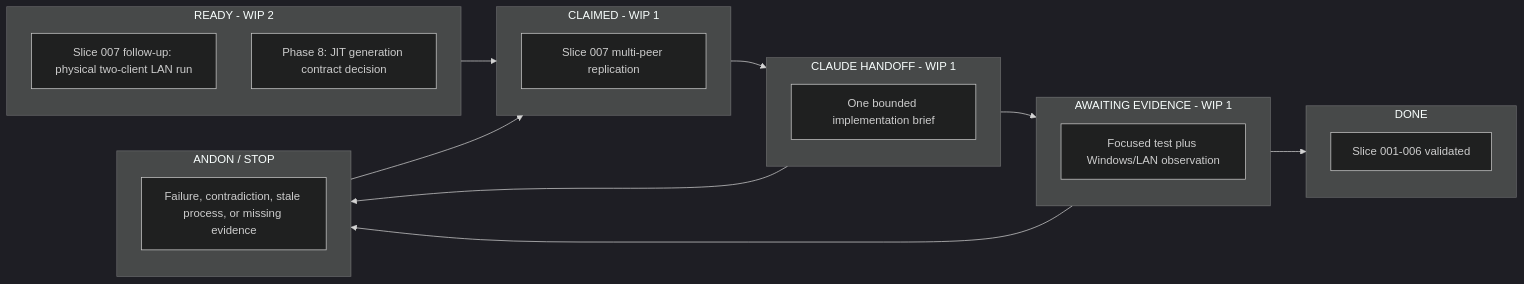
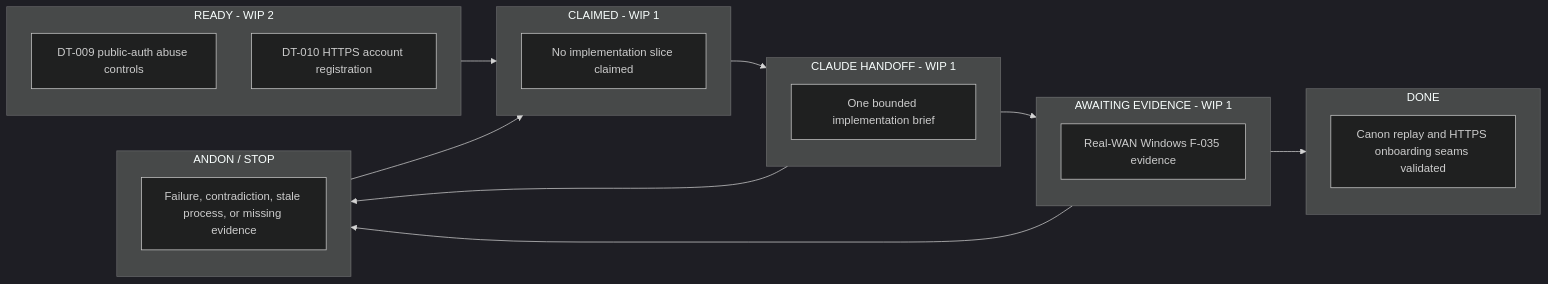
Before and after one commit to vnvalentin/project0: the second of 7 diagrams in docs/PROCESS-MAPS.md, drawn with Mermaid (dark theme). The commit also changed other lines of this file and 27 other files, not shown here.

Commit message:
feat: complete public onboarding and current deployment pipeline

````diff
--- a/docs/PROCESS-MAPS.md
+++ b/docs/PROCESS-MAPS.md
@@ -69,27 +70,27 @@
 ```mermaid
 flowchart LR
     subgraph Ready[READY - WIP 2]
-        R1[Slice 007 follow-up: physical two-client LAN run]
-        R2[Phase 8: JIT generation contract decision]
+      R1[DT-009 public-auth abuse controls]
+      R2[DT-010 HTTPS account registration]
     end
     subgraph Claimed[CLAIMED - WIP 1]
-        C1[Slice 007 multi-peer replication]
+        C1[No implementation slice claimed]
     end
     subgraph Handoff[CLAUDE HANDOFF - WIP 1]
         H1[One bounded implementation brief]
     end
     subgraph Evidence[AWAITING EVIDENCE - WIP 1]
-        E1[Focused test plus Windows/LAN observation]
+        E1[Real-WAN Windows F-035 evidence]
     end
     subgraph Done[DONE]
-        D1[Slice 001-006 validated]
+        D1[Canon replay and HTTPS onboarding seams validated]
     end
     subgraph Andon[ANDON / STOP]
         A1[Failure, contradiction, stale process, or missing evidence]
     end
 
     Ready --> Claimed --> Handoff --> Evidence --> Done
     Handoff --> Andon
     Evidence --> Andon
     Andon --> Claimed
 ```
````
